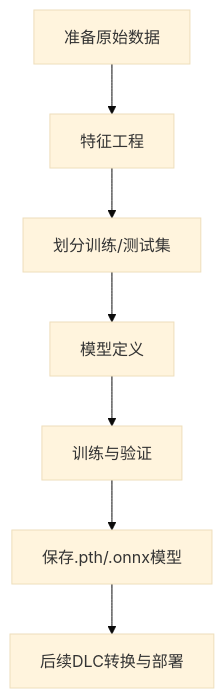
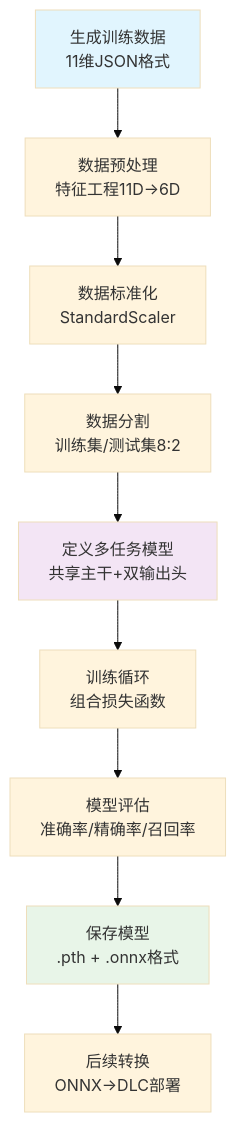
One commit to zhangyao23/-1 changed the diagram in guide/python_model_training_guide.md. Above: the diagram before and after it, drawn with Mermaid (base theme). The commit also changed other lines of this file and 52 other files, not shown here.

````diff
--- a/guide/python_model_training_guide.md
+++ b/guide/python_model_training_guide.md
@@ -68,9 +337,15 @@
 ```mermaid
 graph TD
-    A[准备原始数据] --> B[特征工程]
-    B --> C[划分训练/测试集]
-    C --> D[模型定义]
-    D --> E[训练与验证]
-    E --> F[保存.pth/.onnx模型]
-    F --> G[后续DLC转换与部署]
+    A[生成训练数据<br/>11维JSON格式] --> B[数据预处理<br/>特征工程11D→6D]
+    B --> C[数据标准化<br/>StandardScaler]
+    C --> D[数据分割<br/>训练集/测试集8:2]
+    D --> E[定义多任务模型<br/>共享主干+双输出头]
+    E --> F[训练循环<br/>组合损失函数]
+    F --> G[模型评估<br/>准确率/精确率/召回率]
+    G --> H[保存模型<br/>.pth + .onnx格式]
+    H --> I[后续转换<br/>ONNX→DLC部署]
+    
+    style A fill:#e1f5fe
+    style E fill:#f3e5f5
+    style H fill:#e8f5e8
 ```
````
